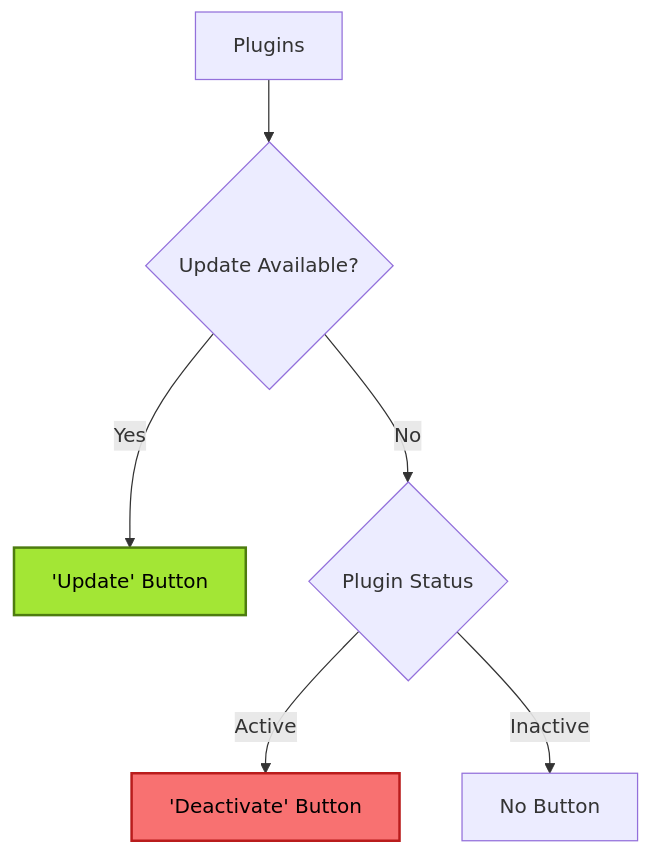
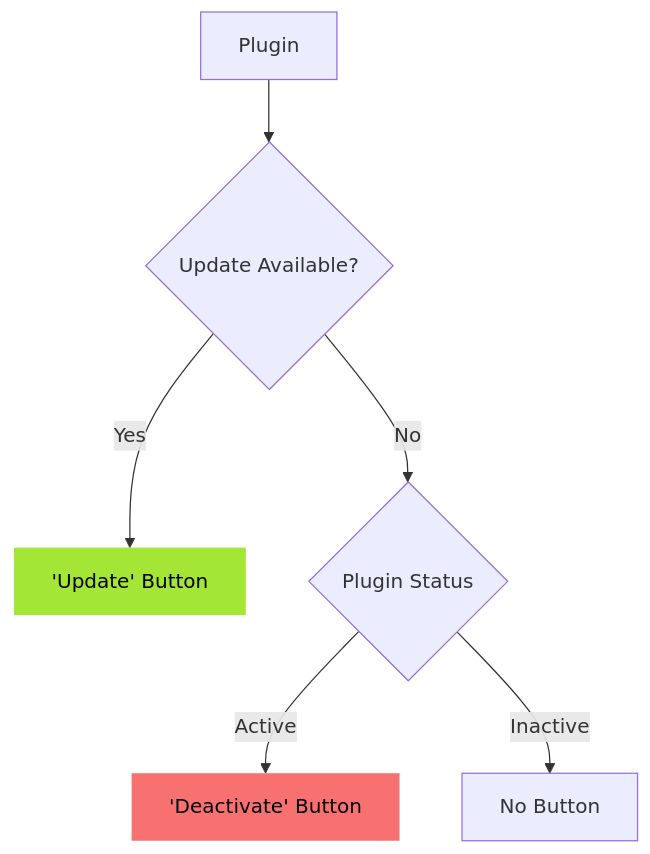
Before and after one commit to IONOS-WordPress/ionos-wordpress: the diagram in packages/wp-plugin/ionos-essentials/inc/wpscan/readme.md, drawn with Mermaid. The commit also changed other lines of this file, not shown here.

````diff
--- a/packages/wp-plugin/ionos-essentials/inc/wpscan/readme.md
+++ b/packages/wp-plugin/ionos-essentials/inc/wpscan/readme.md
@@ -12,14 +12,14 @@
 ```mermaid
 flowchart TD
-  A[Plugins] --> B{Update Available?}
+  A[Plugin] --> B{Update Available?}
   B -- Yes --> F['Update' Button]
   B -- No --> C{Plugin Status}
   C -- Active --> D['Deactivate' Button]
   C -- Inactive --> E[No Button]
 
-  classDef greenNode fill:#a3e635,stroke:#4d7c0f,stroke-width:2px,color:#000;
+  classDef greenNode fill:#a3e635,stroke-width:0px,color:#000;
   class F greenNode;
 
-  classDef redNode fill:#f87171,stroke:#b91c1c,stroke-width:2px,color:#000;
+  classDef redNode fill:#f87171,stroke-width:0px,color:#000;
   class D redNode;
 ```
````
